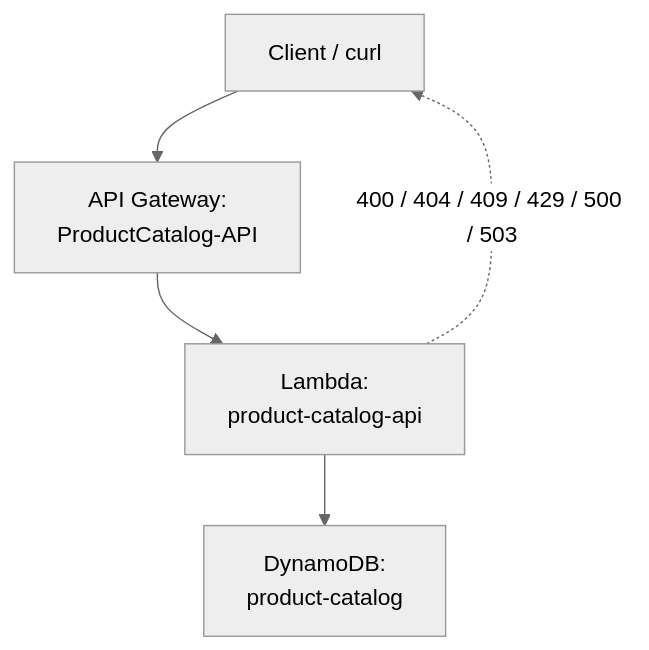
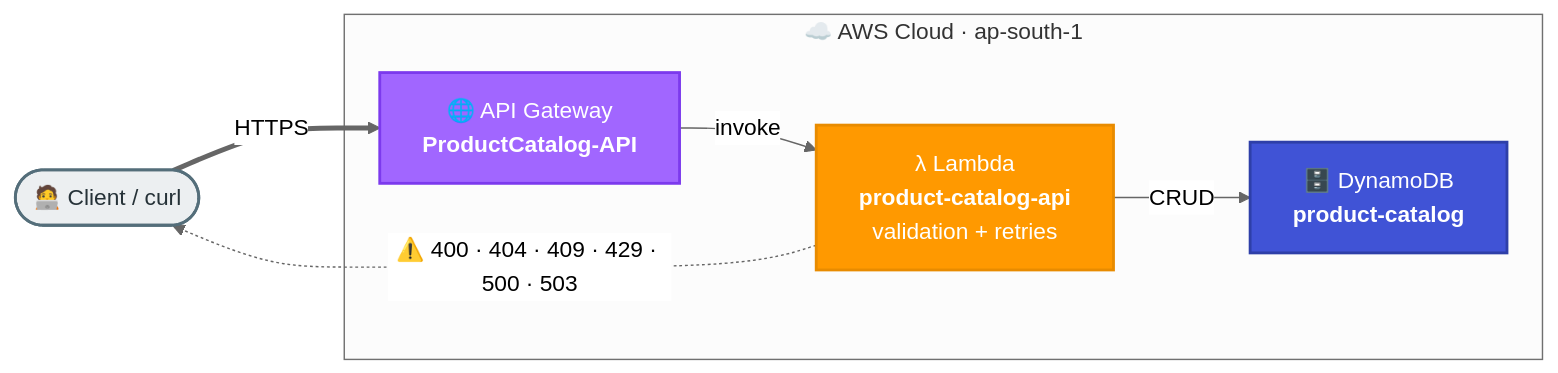
The diagram in week1/task6-full-integration/README.md (abhi-achar/aws-hands-on-training), drawn with Mermaid (neutral theme) before and after one commit. The commit also changed 9 other files, not shown here.

Commit message:
docs: enhance architecture diagrams with AWS color-coding and detail

````diff
--- a/week1/task6-full-integration/README.md
+++ b/week1/task6-full-integration/README.md
@@ -7,7 +7,18 @@
 ```mermaid
-flowchart TD
-    Client["Client / curl"] --> APIGW["API Gateway:<br/>ProductCatalog-API"]
-    APIGW --> Lambda["Lambda:<br/>product-catalog-api"]
-    Lambda --> DDB["DynamoDB:<br/>product-catalog"]
-    Lambda -. "400 / 404 / 409 / 429 / 500 / 503" .-> Client
+flowchart LR
+    Client(["🧑‍💻 Client / curl"]):::client
+    subgraph AWS["☁️ AWS Cloud · ap-south-1"]
+        APIGW["🌐 API Gateway<br/><b>ProductCatalog-API</b>"]:::apigw
+        Lambda["λ Lambda<br/><b>product-catalog-api</b><br/>validation + retries"]:::lambda
+        DDB["🗄️ DynamoDB<br/><b>product-catalog</b>"]:::db
+    end
+    Client ==>|"HTTPS"| APIGW
+    APIGW -->|"invoke"| Lambda
+    Lambda -->|"CRUD"| DDB
+    Lambda -.->|"⚠️ 400 · 404 · 409 · 429 · 500 · 503"| Client
+
+    classDef client fill:#ECEFF1,stroke:#546E7A,stroke-width:2px,color:#263238
+    classDef apigw fill:#A166FF,stroke:#7C3AED,stroke-width:2px,color:#ffffff
+    classDef lambda fill:#FF9900,stroke:#E88B00,stroke-width:2px,color:#ffffff
+    classDef db fill:#4053D6,stroke:#2E3FA8,stroke-width:2px,color:#ffffff
 ```
````
